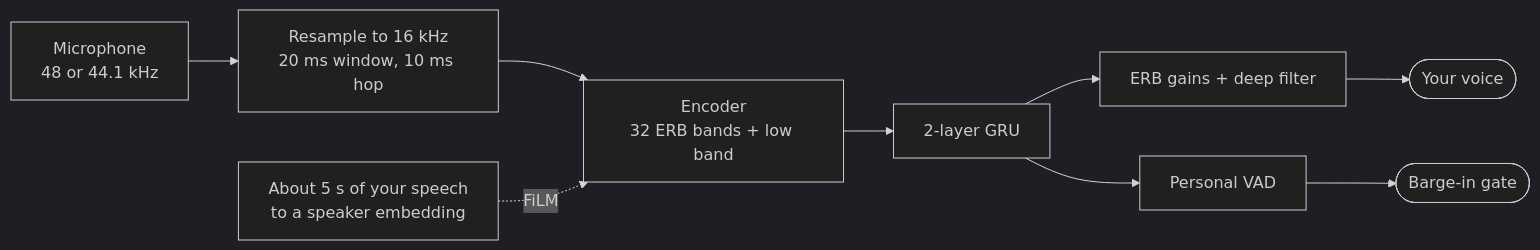
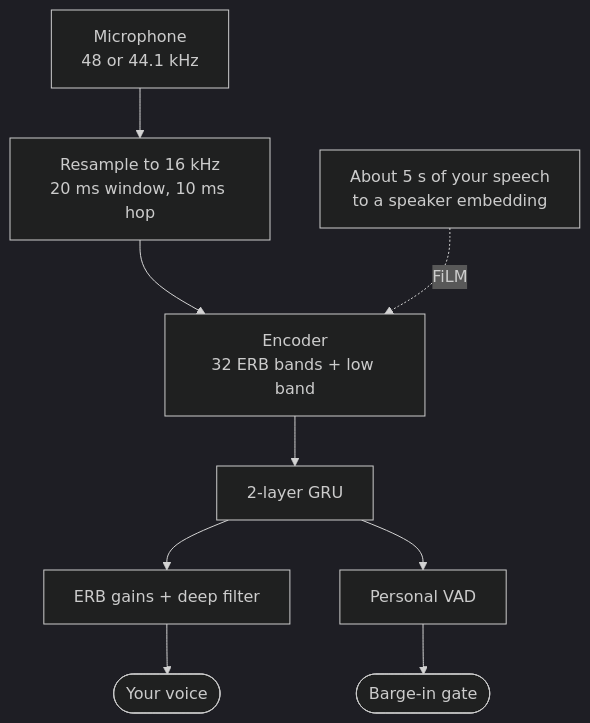
The diagram in README.md (arukh281/EarMark), drawn with Mermaid (dark theme) before and after one commit. The commit also changed other lines of this file, not shown here.

Commit message:
README: stack the diagram vertically and label the capabilities table
At GitHub's default zoom the left-to-right diagram was wider than the page,
and the two outputs were hidden under the viewer's zoom buttons. The
capabilities table also rendered an empty header row.

Claude-Session: https://claude.ai/code/session_01LmGd6qDcH1k327xGN9pyb7

````diff
--- a/README.md
+++ b/README.md
@@ -59,11 +59,11 @@
 ```mermaid
-flowchart LR
+flowchart TB
     mic["Microphone<br/>48 or 44.1 kHz"] --> pre["Resample to 16 kHz<br/>20 ms window, 10 ms hop"]
     pre --> enc["Encoder<br/>32 ERB bands + low band"]
     enrol["About 5 s of your speech<br/>to a speaker embedding"] -. FiLM .-> enc
     enc --> gru["2-layer GRU"]
     gru --> filt["ERB gains + deep filter"]
     gru --> vad["Personal VAD"]
     filt --> voice(["Your voice"])
     vad --> gate(["Barge-in gate"])
 ```
````
